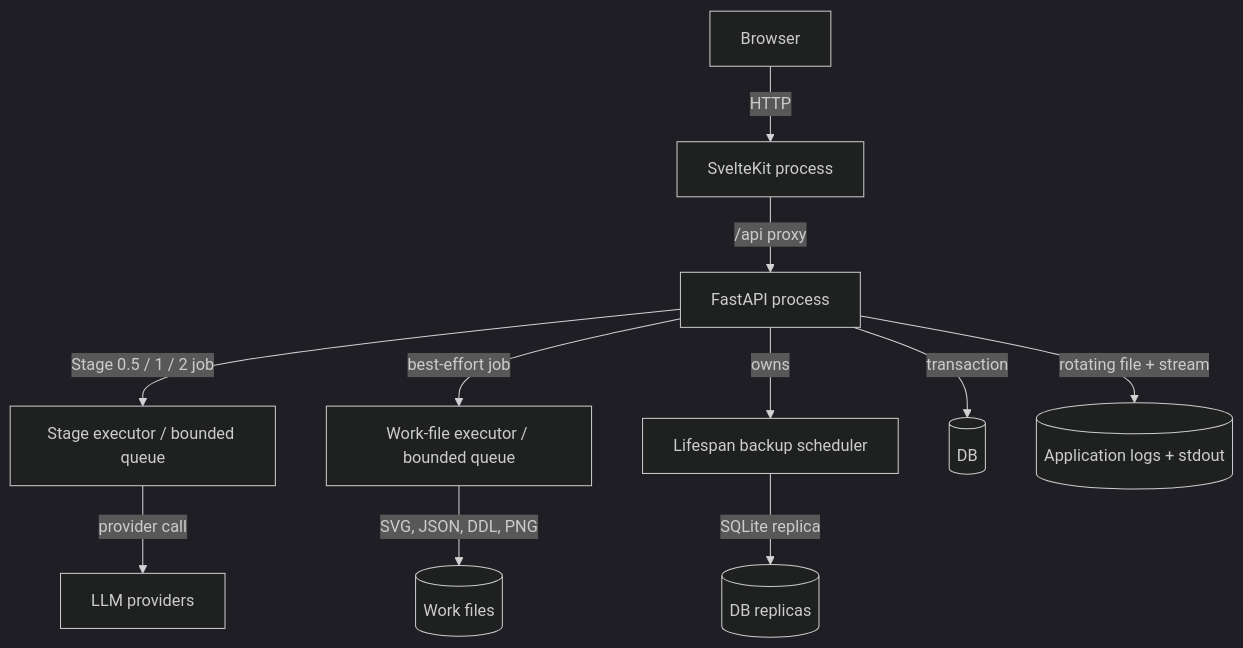
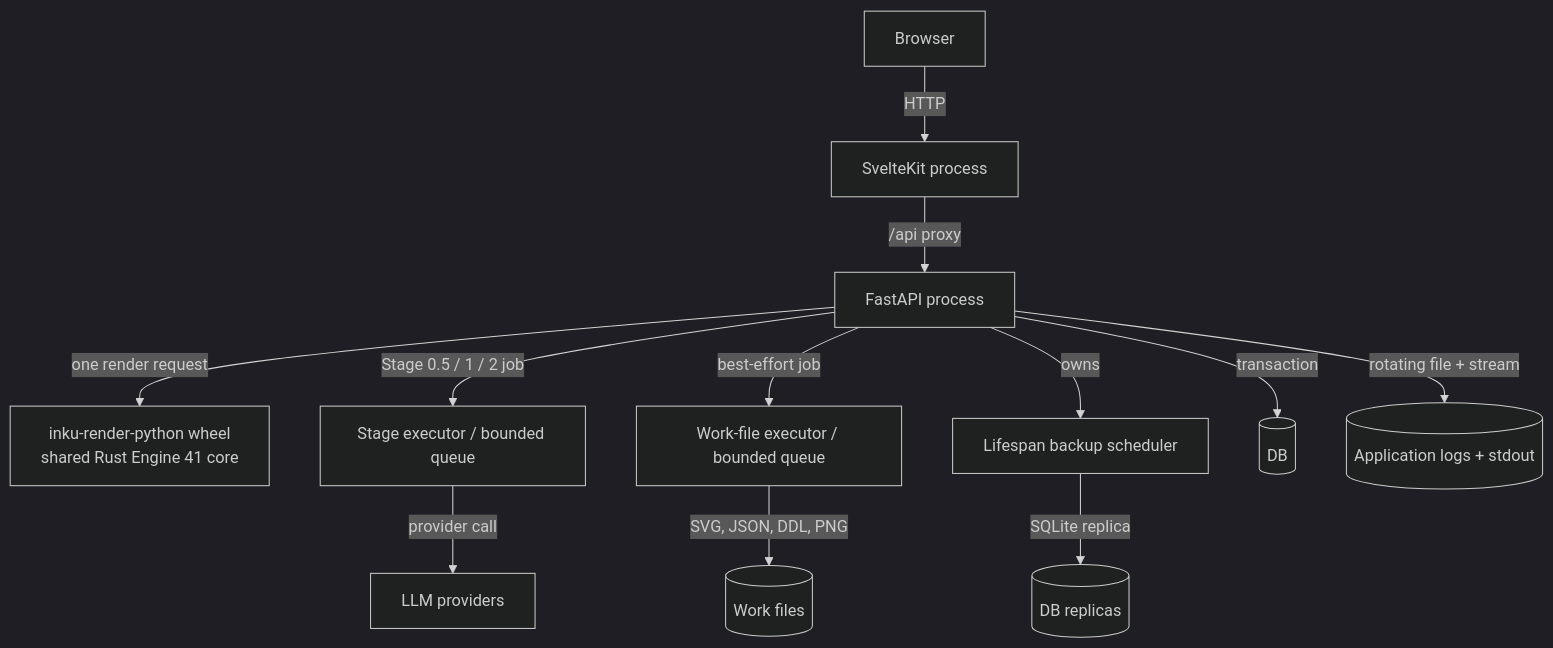
One commit to oikawas/inku-lang changed the first of 2 diagrams in docs/architecture/runtime-containers.md. Above: the diagram before and after it, drawn with Mermaid (dark theme). The commit also changed other lines of this file and 17 other files, not shown here.

````diff
--- a/docs/architecture/runtime-containers.md
+++ b/docs/architecture/runtime-containers.md
@@ -7,25 +7,27 @@
 ```mermaid
 flowchart TB
     BROWSER["Browser"]
     WEB_PROC["SvelteKit process"]
     API_PROC["FastAPI process"]
+    NATIVE_RENDER["inku-render-python wheel\nshared Rust Engine 41 core"]
     STAGE_POOL["Stage executor / bounded queue"]
     SAVE_POOL["Work-file executor / bounded queue"]
     BACKUP_TASK["Lifespan backup scheduler"]
     PROVIDERS["LLM providers"]
     DB[("DB")]
     OUTPUTS[("Work files")]
     BACKUPS[("DB replicas")]
     LOGS[("Application logs + stdout")]
 
     BROWSER -->|"HTTP"| WEB_PROC
     WEB_PROC -->|"/api proxy"| API_PROC
+    API_PROC -->|"one render request"| NATIVE_RENDER
     API_PROC -->|"Stage 0.5 / 1 / 2 job"| STAGE_POOL
     STAGE_POOL -->|"provider call"| PROVIDERS
     API_PROC -->|"transaction"| DB
     API_PROC -->|"best-effort job"| SAVE_POOL
     SAVE_POOL -->|"SVG, JSON, DDL, PNG"| OUTPUTS
     API_PROC -->|"owns"| BACKUP_TASK
     BACKUP_TASK -->|"SQLite replica"| BACKUPS
     API_PROC -->|"rotating file + stream"| LOGS
 ```
````
